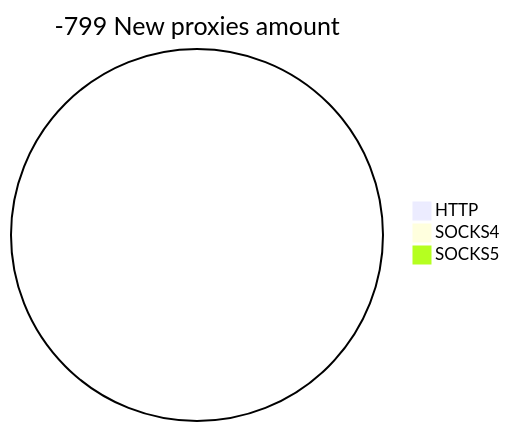
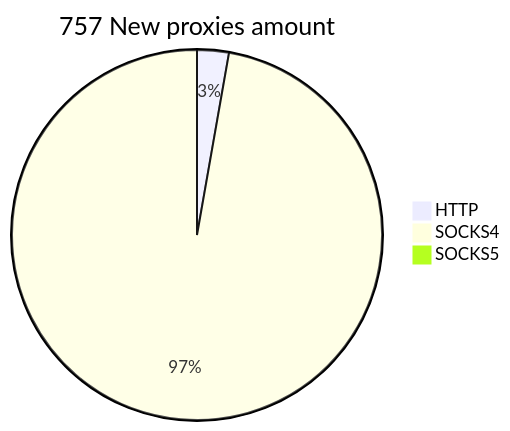
The second of 2 diagrams in README.md (cutipu/proxylist), drawn with Mermaid before and after one commit. The commit also changed other lines of this file, not shown here.

````diff
--- a/README.md
+++ b/README.md
@@ -10,6 +10,6 @@
 ```mermaid
-pie title -799 New proxies amount
-    "HTTP" : 0
-    "SOCKS4" : 0
+pie title 757 New proxies amount
+    "HTTP" : 21
+    "SOCKS4" : 737
     "SOCKS5" : 0
 ```
````
